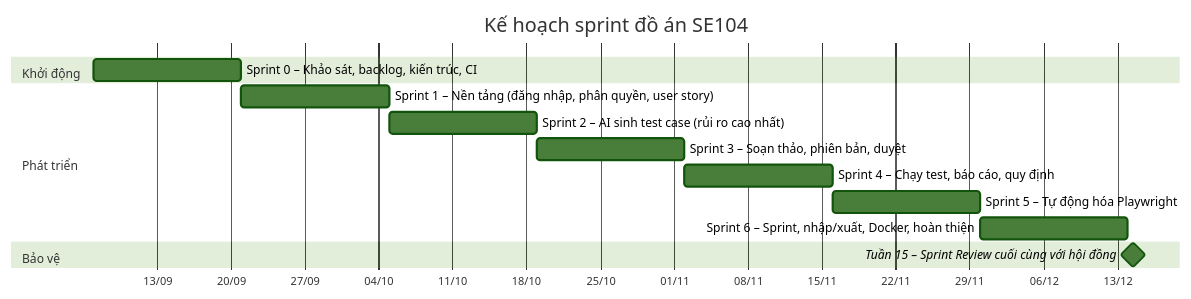
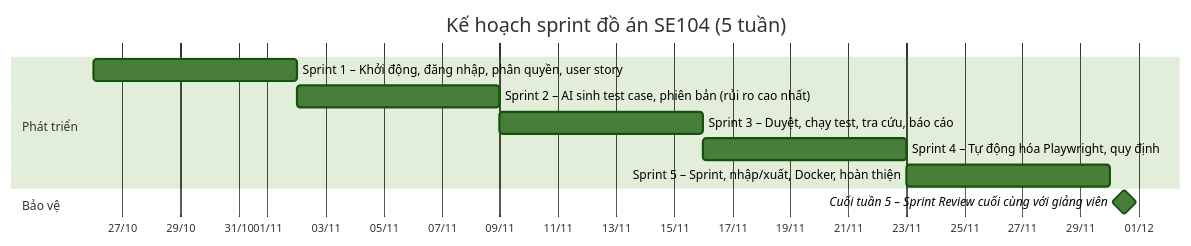
One commit to quangphuoc73/Phan_Mem_Quan_Ly_Test_Cases changed the second of 3 diagrams in docs/00a_QuyTrinhAgile.md. Above: the diagram before and after it, drawn with Mermaid (forest theme). The commit also changed other lines of this file and 15 other files, not shown here.

````diff
--- a/docs/00a_QuyTrinhAgile.md
+++ b/docs/00a_QuyTrinhAgile.md
@@ -94,17 +95,15 @@
 ```mermaid
 gantt
-    title Kế hoạch sprint đồ án SE104
+    title Kế hoạch sprint đồ án SE104 (5 tuần)
+    todayMarker off
     dateFormat YYYY-MM-DD
     axisFormat %d/%m
-    section Khởi động
-    Sprint 0 – Khảo sát, backlog, kiến trúc, CI   :s0, 2026-09-07, 14d
     section Phát triển
-    Sprint 1 – Nền tảng (đăng nhập, phân quyền, user story) :s1, after s0, 14d
-    Sprint 2 – AI sinh test case (rủi ro cao nhất)         :s2, after s1, 14d
-    Sprint 3 – Soạn thảo, phiên bản, duyệt                 :s3, after s2, 14d
-    Sprint 4 – Chạy test, báo cáo, quy định                :s4, after s3, 14d
-    Sprint 5 – Tự động hóa Playwright                      :s5, after s4, 14d
-    Sprint 6 – Sprint, nhập/xuất, Docker, hoàn thiện        :s6, after s5, 14d
+    Sprint 1 – Khởi động, đăng nhập, phân quyền, user story :s1, 2026-10-26, 7d
+    Sprint 2 – AI sinh test case, phiên bản (rủi ro cao nhất) :s2, after s1, 7d
+    Sprint 3 – Duyệt, chạy test, tra cứu, báo cáo            :s3, after s2, 7d
+    Sprint 4 – Tự động hóa Playwright, quy định              :s4, after s3, 7d
+    Sprint 5 – Sprint, nhập/xuất, Docker, hoàn thiện          :s5, after s4, 7d
     section Bảo vệ
-    Tuần 15 – Sprint Review cuối cùng với hội đồng          :milestone, after s6, 1d
+    Cuối tuần 5 – Sprint Review cuối cùng với giảng viên     :milestone, after s5, 1d
 ```
````
